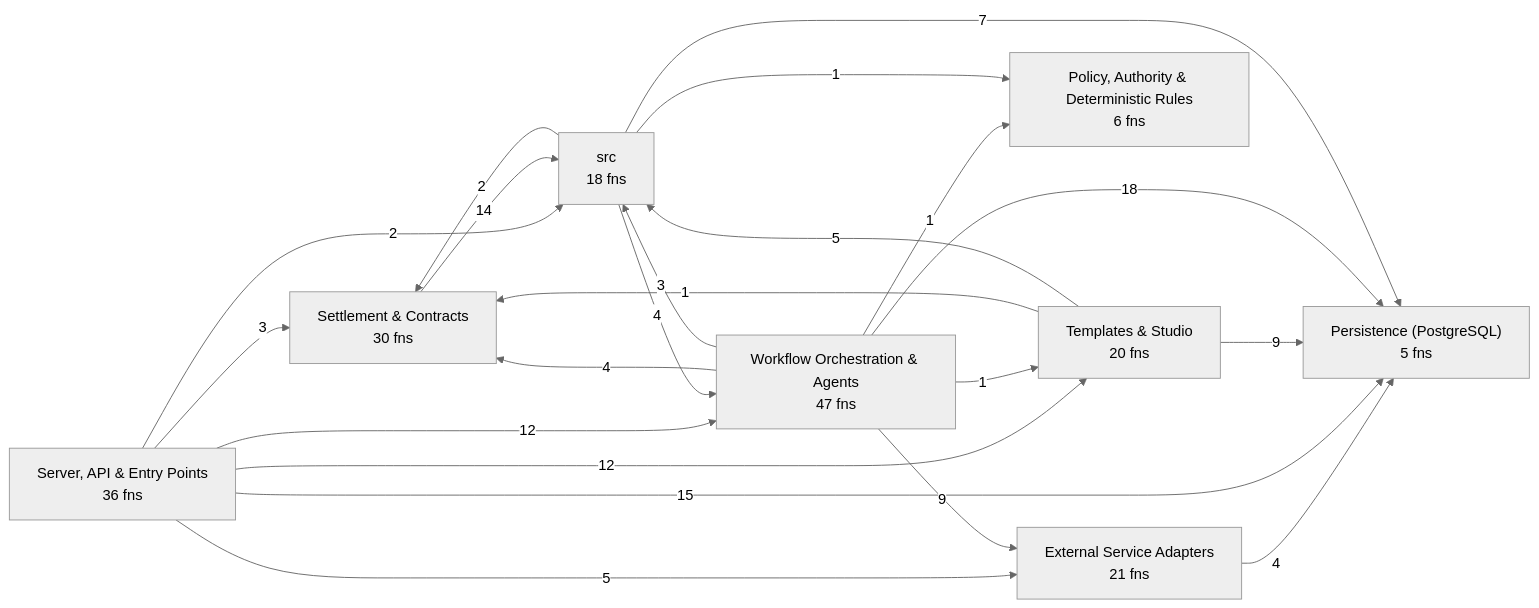
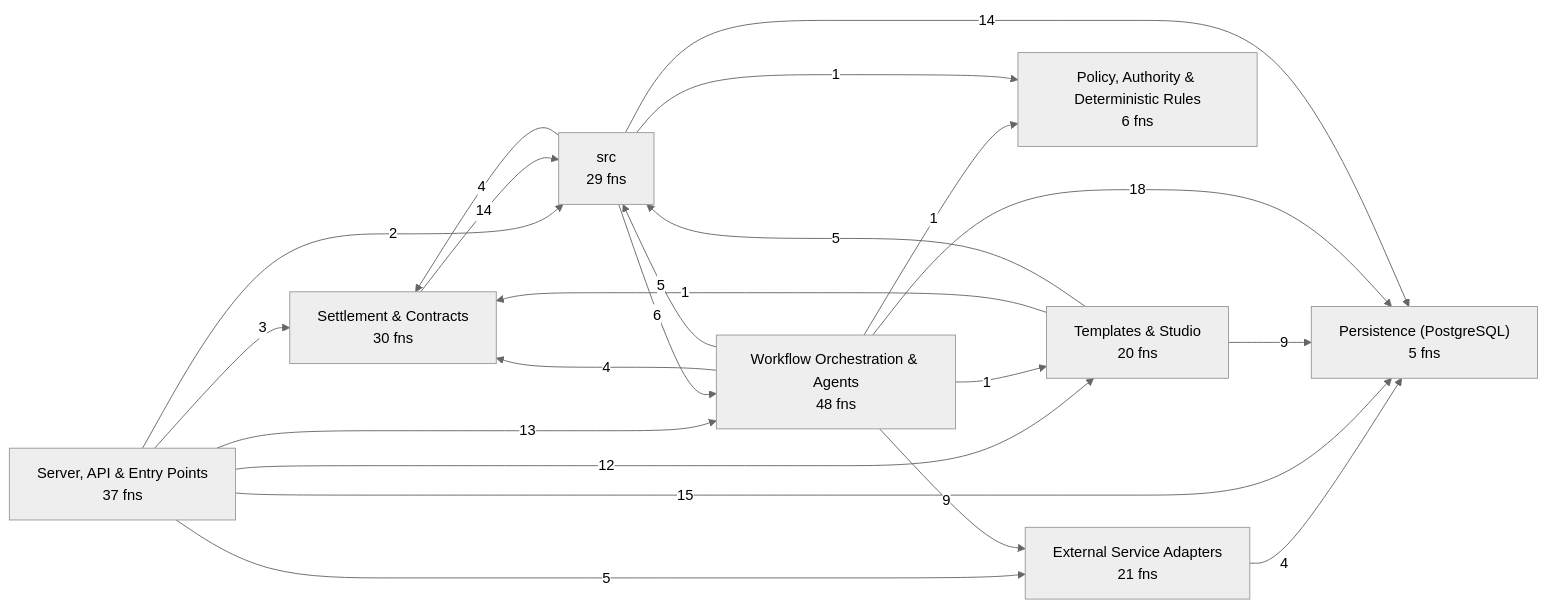
One commit to Jaydearcadian/bind changed the first of 8 diagrams in docs/CODEBASE_MAP.md. Above: the diagram before and after it, drawn with Mermaid (neutral theme). The commit also changed other lines of this file and 9 other files, not shown here.

````diff
--- a/docs/CODEBASE_MAP.md
+++ b/docs/CODEBASE_MAP.md
@@ -12,32 +12,32 @@
 ```mermaid
 flowchart LR
   L0["External Service Adapters<br/>21 fns"]
   L1["Persistence (PostgreSQL)<br/>5 fns"]
   L2["Policy, Authority & Deterministic Rules<br/>6 fns"]
-  L3["Server, API & Entry Points<br/>36 fns"]
+  L3["Server, API & Entry Points<br/>37 fns"]
   L4["Settlement & Contracts<br/>30 fns"]
   L5["Templates & Studio<br/>20 fns"]
-  L6["Workflow Orchestration & Agents<br/>47 fns"]
-  L7["src<br/>18 fns"]
+  L6["Workflow Orchestration & Agents<br/>48 fns"]
+  L7["src<br/>29 fns"]
   L0 -->|4| L1
   L3 -->|5| L0
   L3 -->|15| L1
   L3 -->|3| L4
   L3 -->|12| L5
-  L3 -->|12| L6
+  L3 -->|13| L6
   L3 -->|2| L7
   L4 -->|14| L7
   L5 -->|9| L1
   L5 -->|1| L4
   L5 -->|5| L7
   L6 -->|9| L0
   L6 -->|18| L1
   L6 -->|1| L2
   L6 -->|4| L4
   L6 -->|1| L5
-  L6 -->|3| L7
-  L7 -->|7| L1
+  L6 -->|5| L7
+  L7 -->|14| L1
   L7 -->|1| L2
-  L7 -->|2| L4
-  L7 -->|4| L6
+  L7 -->|4| L4
+  L7 -->|6| L6
 ```
````
